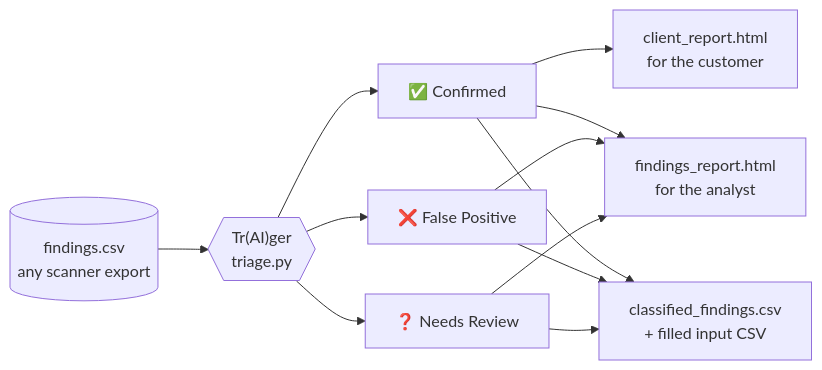
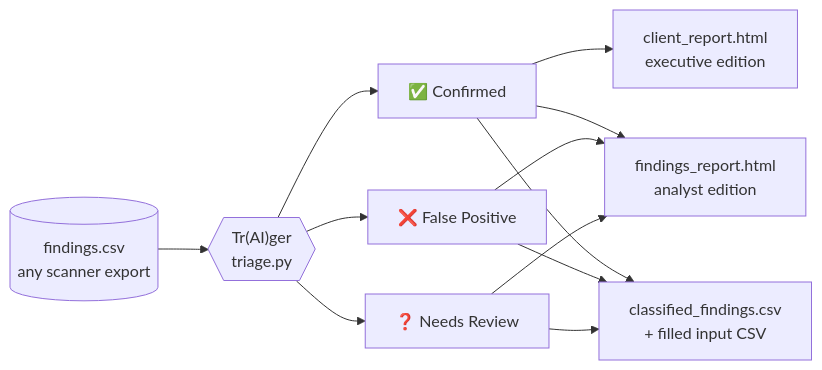
The first of 3 diagrams in README.md (cylockholmes/Tr-AI-ger-tool), drawn with Mermaid before and after one commit. The commit also changed other lines of this file and 1 other file, not shown here.

````diff
--- a/README.md
+++ b/README.md
@@ -15,10 +15,10 @@
 ```mermaid
 flowchart LR
     CSV[("findings.csv<br/>any scanner export")] --> T{{"Tr(AI)ger<br/>triage.py"}}
     T --> A["✅ Confirmed"]
     T --> B["❌ False Positive"]
     T --> C["❓ Needs Review"]
-    A --> R1["client_report.html<br/>for the customer"]
-    A & B & C --> R2["findings_report.html<br/>for the analyst"]
+    A --> R1["client_report.html<br/>executive edition"]
+    A & B & C --> R2["findings_report.html<br/>analyst edition"]
     A & B & C --> R3["classified_findings.csv<br/>+ filled input CSV"]
 ```
````
